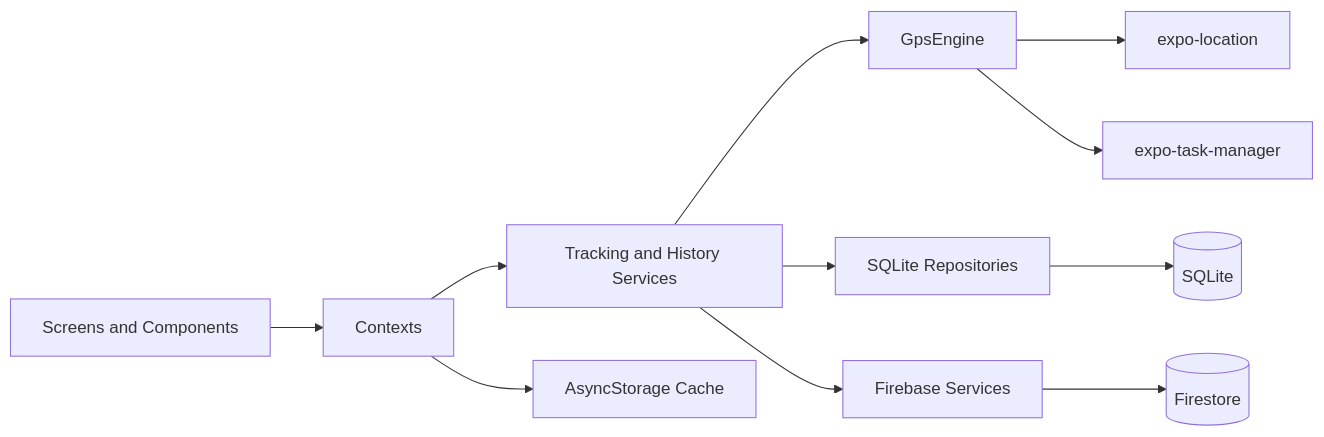
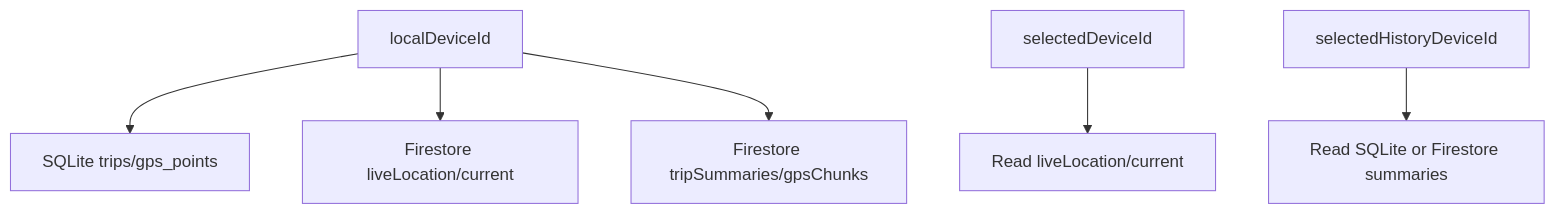
One commit to bupbalabup/MMA301 changed the third of 4 diagrams in PROJECT_EXPORT.md. Above: the diagram before and after it, drawn with Mermaid. The commit also changed other lines of this file and 17 other files, not shown here.

````diff
--- a/PROJECT_EXPORT.md
+++ b/PROJECT_EXPORT.md
@@ -2225,13 +212,8 @@
 ```mermaid
-flowchart LR
-  UI[Screens and Components] --> Context[Contexts]
-  Context --> Domain[Tracking and History Services]
-  Domain --> Location[GpsEngine]
-  Domain --> Repos[SQLite Repositories]
-  Domain --> FirebaseServices[Firebase Services]
-  Location --> ExpoLocation[expo-location]
-  Location --> TaskManager[expo-task-manager]
-  Repos --> SQLite[(SQLite)]
-  FirebaseServices --> Firestore[(Firestore)]
-  Context --> Cache[AsyncStorage Cache]
+flowchart TD
+  LocalDevice[localDeviceId] --> SQLite[SQLite trips/gps_points]
+  LocalDevice --> LiveWrite[Firestore liveLocation/current]
+  LocalDevice --> CloudUpload[Firestore tripSummaries/gpsChunks]
+  SelectedDevice[selectedDeviceId] --> LiveRead[Read liveLocation/current]
+  SelectedHistory[selectedHistoryDeviceId] --> HistoryRead[Read SQLite or Firestore summaries]
 ```
````
